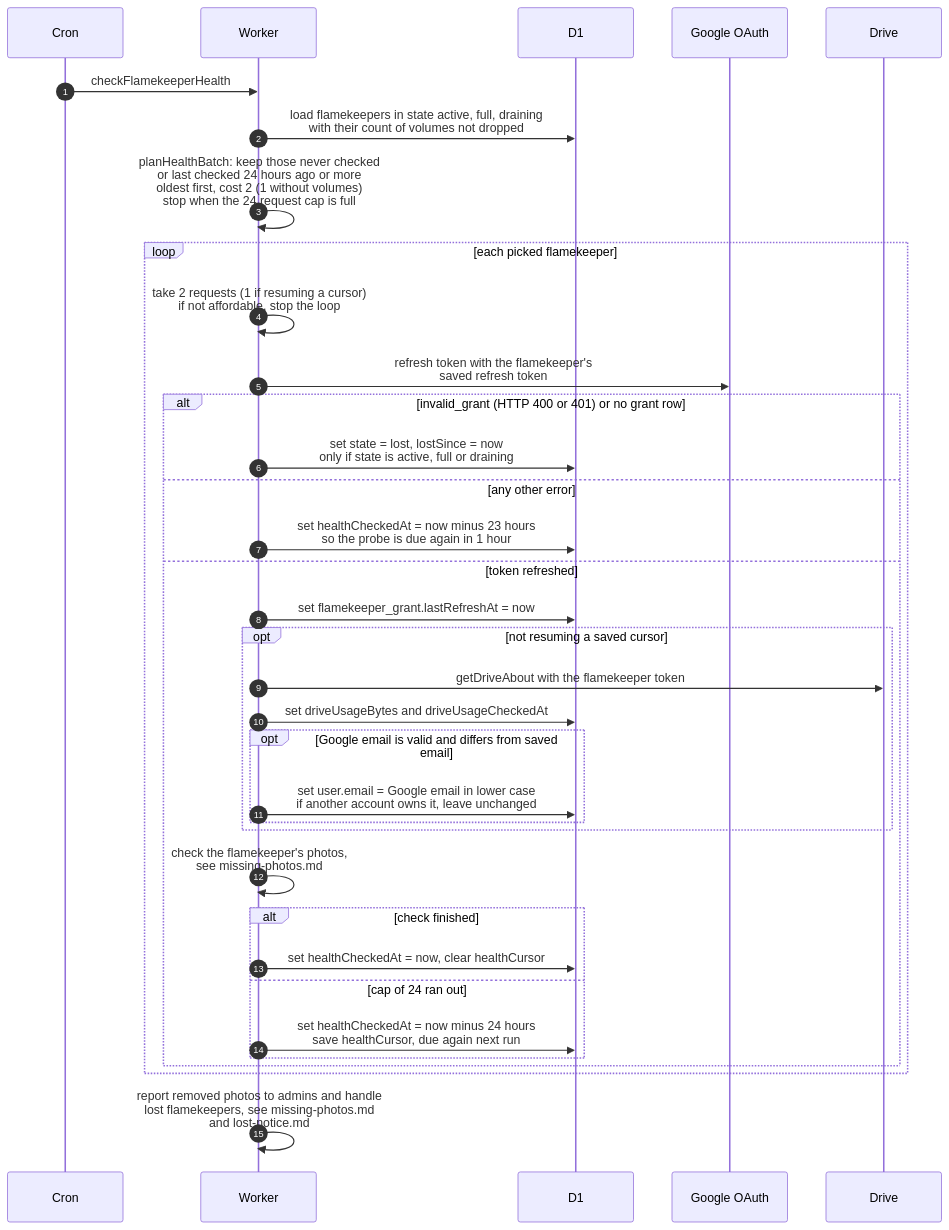
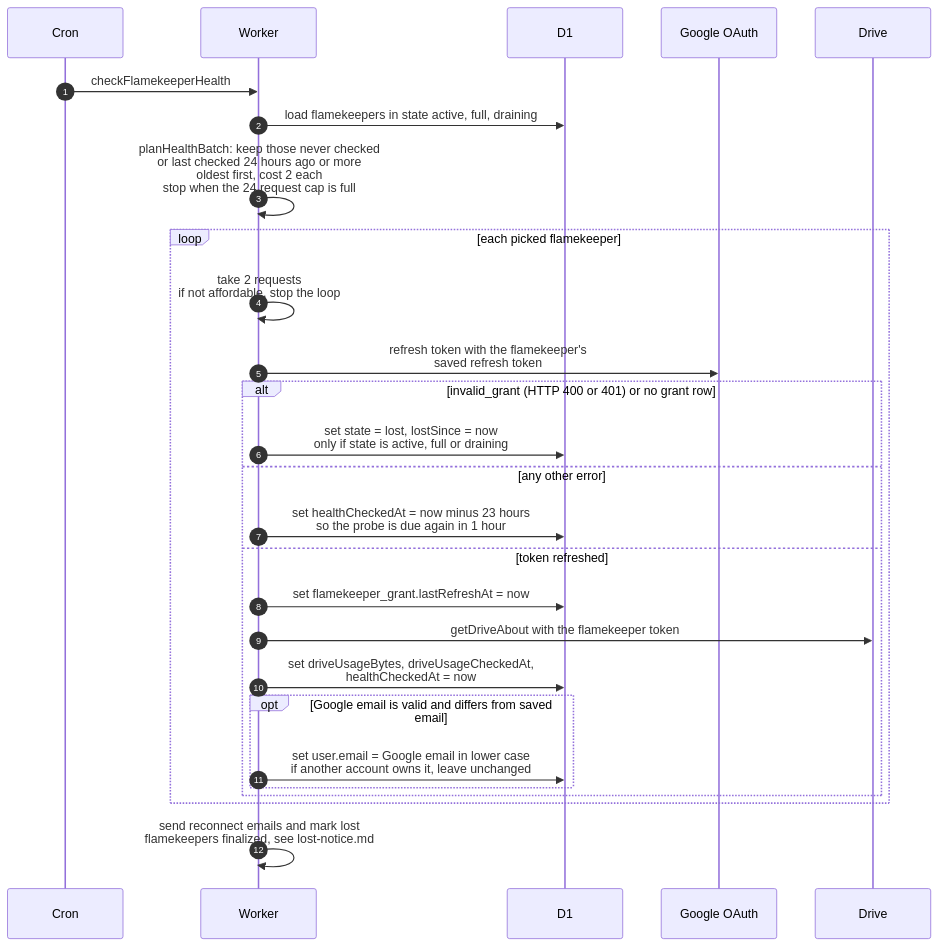
One commit to sagyzdop/meriksirat changed the diagram in docs/scenarios/cron/flamekeepers/health-probe.md. Above: the diagram before and after it, drawn with Mermaid. The commit also changed other lines of this file and 74 other files, not shown here.

````diff
--- a/docs/scenarios/cron/flamekeepers/health-probe.md
+++ b/docs/scenarios/cron/flamekeepers/health-probe.md
@@ -43,38 +37,30 @@
 ```mermaid
 sequenceDiagram
     autonumber
     participant Cron
     participant Worker
     participant D1
     participant GO as Google OAuth
     participant Drive
 
     Cron->>Worker: checkFlamekeeperHealth
-    Worker->>D1: load flamekeepers in state active, full, draining<br/>with their count of volumes not dropped
-    Worker->>Worker: planHealthBatch: keep those never checked<br/>or last checked 24 hours ago or more<br/>oldest first, cost 2 (1 without volumes)<br/>stop when the 24 request cap is full
+    Worker->>D1: load flamekeepers in state active, full, draining
+    Worker->>Worker: planHealthBatch: keep those never checked<br/>or last checked 24 hours ago or more<br/>oldest first, cost 2 each<br/>stop when the 24 request cap is full
     loop each picked flamekeeper
-        Worker->>Worker: take 2 requests (1 if resuming a cursor)<br/>if not affordable, stop the loop
+        Worker->>Worker: take 2 requests<br/>if not affordable, stop the loop
         Worker->>GO: refresh token with the flamekeeper's<br/>saved refresh token
         alt invalid_grant (HTTP 400 or 401) or no grant row
             Worker->>D1: set state = lost, lostSince = now<br/>only if state is active, full or draining
         else any other error
             Worker->>D1: set healthCheckedAt = now minus 23 hours<br/>so the probe is due again in 1 hour
         else token refreshed
             Worker->>D1: set flamekeeper_grant.lastRefreshAt = now
-            opt not resuming a saved cursor
-                Worker->>Drive: getDriveAbout with the flamekeeper token
-                Worker->>D1: set driveUsageBytes and driveUsageCheckedAt
-                opt Google email is valid and differs from saved email
-                    Worker->>D1: set user.email = Google email in lower case<br/>if another account owns it, leave unchanged
-                end
-            end
-            Worker->>Worker: check the flamekeeper's photos,<br/>see missing-photos.md
-            alt check finished
-                Worker->>D1: set healthCheckedAt = now, clear healthCursor
-            else cap of 24 ran out
-                Worker->>D1: set healthCheckedAt = now minus 24 hours<br/>save healthCursor, due again next run
+            Worker->>Drive: getDriveAbout with the flamekeeper token
+            Worker->>D1: set driveUsageBytes, driveUsageCheckedAt,<br/>healthCheckedAt = now
+            opt Google email is valid and differs from saved email
+                Worker->>D1: set user.email = Google email in lower case<br/>if another account owns it, leave unchanged
             end
         end
     end
-    Worker->>Worker: report removed photos to admins and handle<br/>lost flamekeepers, see missing-photos.md<br/>and lost-notice.md
+    Worker->>Worker: send reconnect emails and mark lost<br/>flamekeepers finalized, see lost-notice.md
 ```
````
